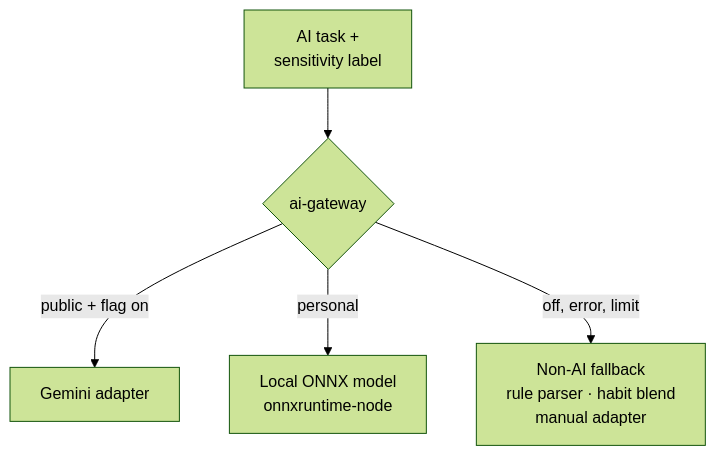
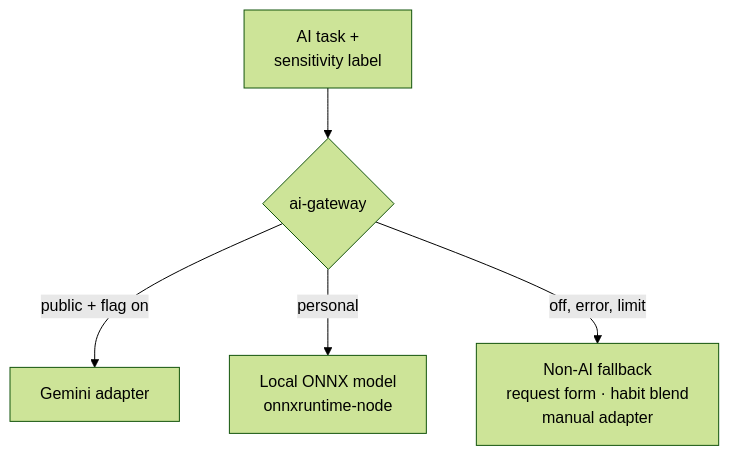
Before and after one commit to Ashfak-Hossain/pulse: the sixth of 6 diagrams in docs/plan/02-architecture.md, drawn with Mermaid (forest theme). The commit also changed other lines of this file and 8 other files, not shown here.

Commit message:
docs(adr): decide request understanding without a rule parser (#79)

````diff
--- a/docs/plan/02-architecture.md
+++ b/docs/plan/02-architecture.md
@@ -238,7 +238,7 @@
 ```mermaid
 flowchart TB
   task["AI task +<br/>sensitivity label"] --> gw{"ai-gateway"}
   gw -->|public + flag on| gem["Gemini adapter"]
   gw -->|personal| local["Local ONNX model<br/>onnxruntime-node"]
-  gw -->|off, error, limit| fb["Non-AI fallback<br/>rule parser · habit blend<br/>manual adapter"]
+  gw -->|off, error, limit| fb["Non-AI fallback<br/>request form · habit blend<br/>manual adapter"]
 ```
````
